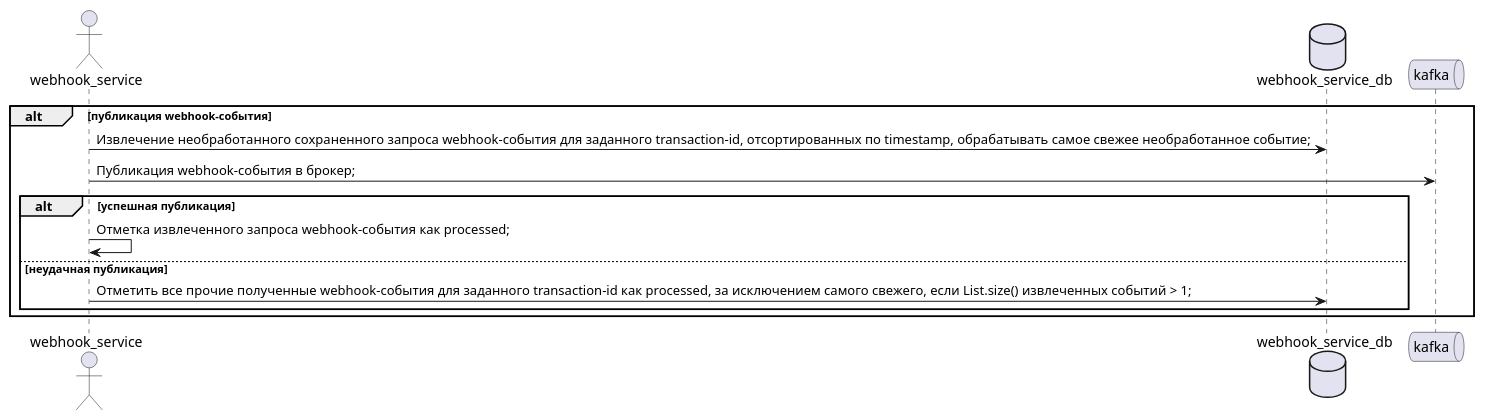
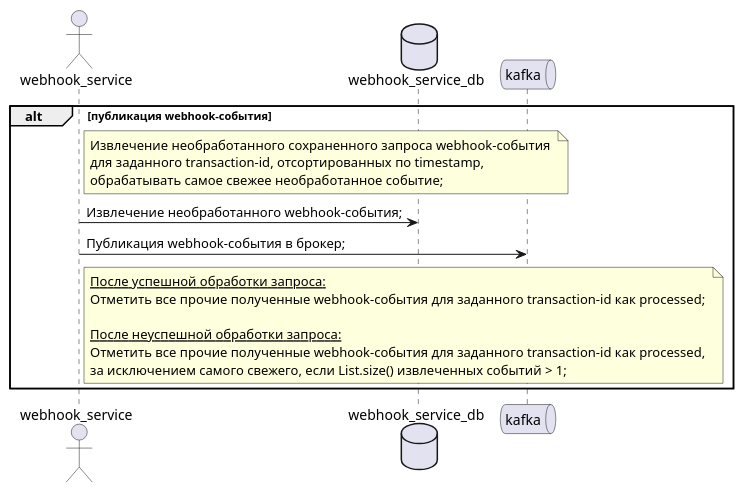
Before and after one commit to U-235-92/payment-system: the diagram in diagrams/webhook-sevice-interaction/publish_webhook_event_to_kafka_uml.puml, drawn with PlantUML. The commit also changed 1 other file, not shown here.

Commit message:
Module #7. V31_10_2026 [diagrams]. Update publisch webhook event to kafka UML diagram.

```diff
--- a/diagrams/webhook-sevice-interaction/publish_webhook_event_to_kafka_uml.puml
+++ b/diagrams/webhook-sevice-interaction/publish_webhook_event_to_kafka_uml.puml
@@ -1,19 +1,26 @@
 @startuml
 
 actor webhook_service
 database webhook_service_db
 queue kafka
 
 alt публикация webhook-события
-	webhook_service -> webhook_service_db : Извлечение необработанного сохраненного запроса webhook-события для заданного transaction-id, отсортированных по timestamp, обрабатывать самое свежее необработанное событие;
+	note right webhook_service
+		Извлечение необработанного сохраненного запроса webhook-события 
+		для заданного transaction-id, отсортированных по timestamp, 
+		обрабатывать самое свежее необработанное событие;
+	end note
+	webhook_service -> webhook_service_db : Извлечение необработанного webhook-события;
 	webhook_service -> kafka : Публикация webhook-события в брокер;
 	
-	alt успешная публикация
-		webhook_service -> webhook_service : Отметка извлеченного запроса webhook-события как processed;
-	
-	else неудачная публикация 
-		webhook_service -> webhook_service_db : Отметить все прочие полученные webhook-события для заданного transaction-id как processed, за исключением самого свежего, если List.size() извлеченных событий > 1;
-	end
+	note right webhook_service
+		<u>После успешной обработки запроса:</u> 
+		Отметить все прочие полученные webhook-события для заданного transaction-id как processed;
+		
+		<u>После неуспешной обработки запроса:</u>
+		Отметить все прочие полученные webhook-события для заданного transaction-id как processed, 
+		за исключением самого свежего, если List.size() извлеченных событий > 1;
+	end note
 end
 
 @enduml
```
